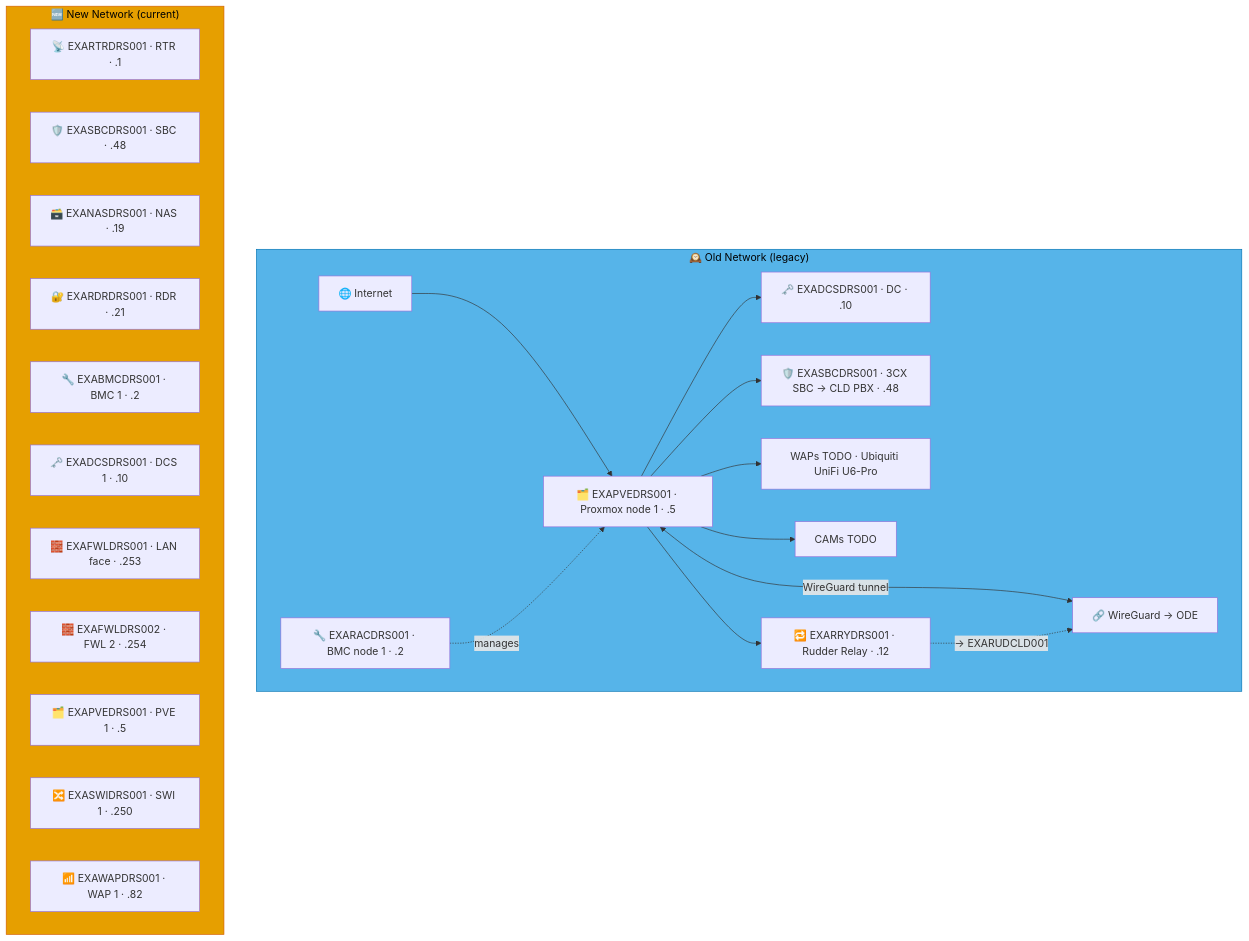
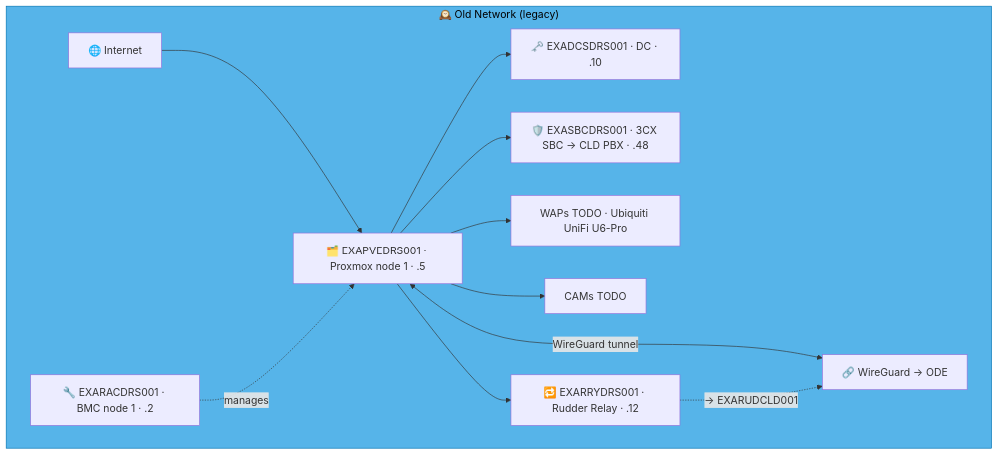
One commit to knightmare2600/example_music_infra changed the seventh of 10 diagrams in docs/network-diagram/deutschland.md. Above: the diagram before and after it, drawn with Mermaid. The commit also changed other lines of this file and 35 other files, not shown here.

````diff
--- a/docs/network-diagram/deutschland.md
+++ b/docs/network-diagram/deutschland.md
@@ -190,39 +268,23 @@
 ```mermaid
 graph TD
     subgraph OLD_DRS ["🕰️ Old Network (legacy)"]
       INET["🌐 Internet"]
       RAC["🔧 EXARACDRS001 · BMC node 1 · .2"]
       PVE["🗂️ EXAPVEDRS001 · Proxmox node 1 · .5"]
       DC["🗝️ EXADCSDRS001 · DC · .10"]
       SBC["🛡️ EXASBCDRS001 · 3CX SBC → CLD PBX · .48"]
       RRY["🔁 EXARRYDRS001 · Rudder Relay · .12"]
       WAP["WAPs TODO · Ubiquiti UniFi U6-Pro"]
       CAM["CAMs TODO"]
       VPN["🔗 WireGuard → ODE"]
 
       INET --> PVE --> DC & SBC
       RAC -.->|"manages"| PVE
       PVE --> WAP & CAM
       PVE <-->|"WireGuard tunnel"| VPN
 
       PVE --> RRY
       RRY -. "→ EXARUDCLD001" .-> VPN
     end
     style OLD_DRS fill:#56B4E9,stroke:#0072B2,color:#000000
-    %% GENERATED:NEW-NETWORK:DRS:START
-    subgraph NEW_DRS ["🆕 New Network (current)"]
-      N_RTR["📡 EXARTRDRS001 · RTR · .1"]
-      N_SBC["🛡️ EXASBCDRS001 · SBC · .48"]
-      N_NAS["🗃️ EXANASDRS001 · NAS · .19"]
-      N_RDR["🔐 EXARDRDRS001 · RDR · .21"]
-      N_BMC["🔧 EXABMCDRS001 · BMC 1 · .2"]
-      N_DCS["🗝️ EXADCSDRS001 · DCS 1 · .10"]
-      N_FWL["🧱 EXAFWLDRS001 · LAN face · .253"]
-      N_FWL2["🧱 EXAFWLDRS002 · FWL 2 · .254"]
-      N_PVE["🗂️ EXAPVEDRS001 · PVE 1 · .5"]
-      N_SWI["🔀 EXASWIDRS001 · SWI 1 · .250"]
-      N_WAP["📶 EXAWAPDRS001 · WAP 1 · .82"]
-    end
-    style NEW_DRS fill:#E69F00,stroke:#D55E00,color:#000000
-    %% GENERATED:NEW-NETWORK:DRS:END
 ```
````
